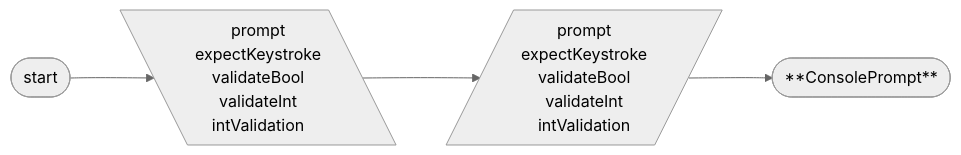
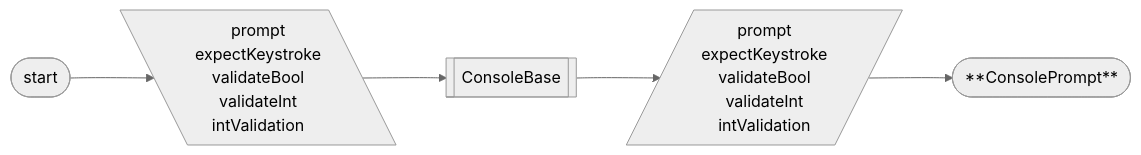
Before and after one commit to 7s4e/p3: the seventh of 26 diagrams in pyScripts/docs/console.md, drawn with Mermaid (neutral theme). The commit also changed other lines of this file and 7 other files, not shown here.

````diff
--- a/pyScripts/docs/console.md
+++ b/pyScripts/docs/console.md
@@ -104,18 +149,20 @@
 ```mermaid
 flowchart LR
     STR([start])
         STR --> GET
     GET[\prompt
          expectKeystroke
          validateBool
          validateInt
          intValidation\]
-        GET --> SET
+        GET --> BSE
+    BSE[[ConsoleBase]]
+        BSE --> SET
     SET[/prompt
          expectKeystroke
          validateBool
          validateInt
          intValidation/]
         SET --> END
     END([**ConsolePrompt**])
 ```
````
